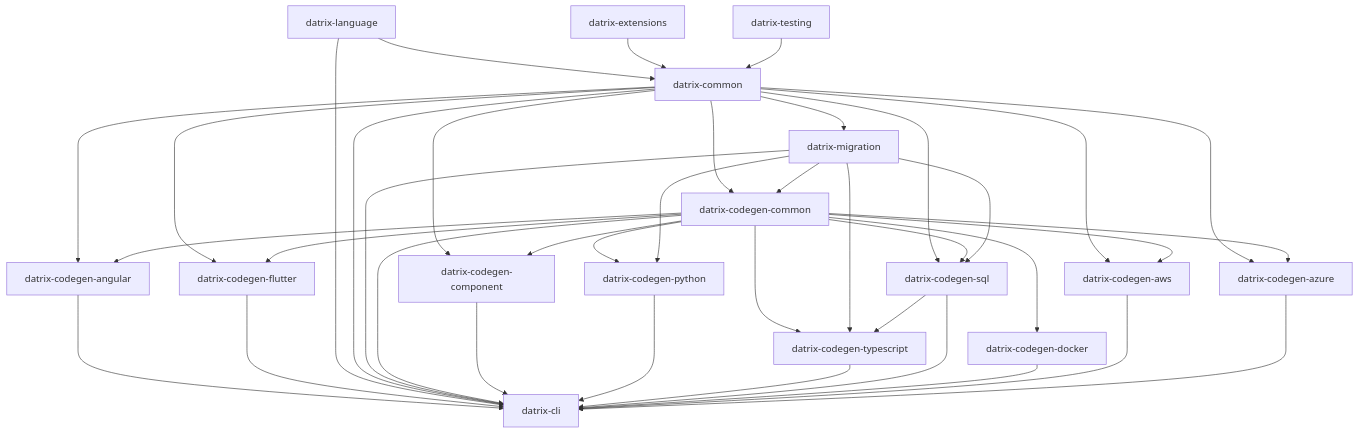
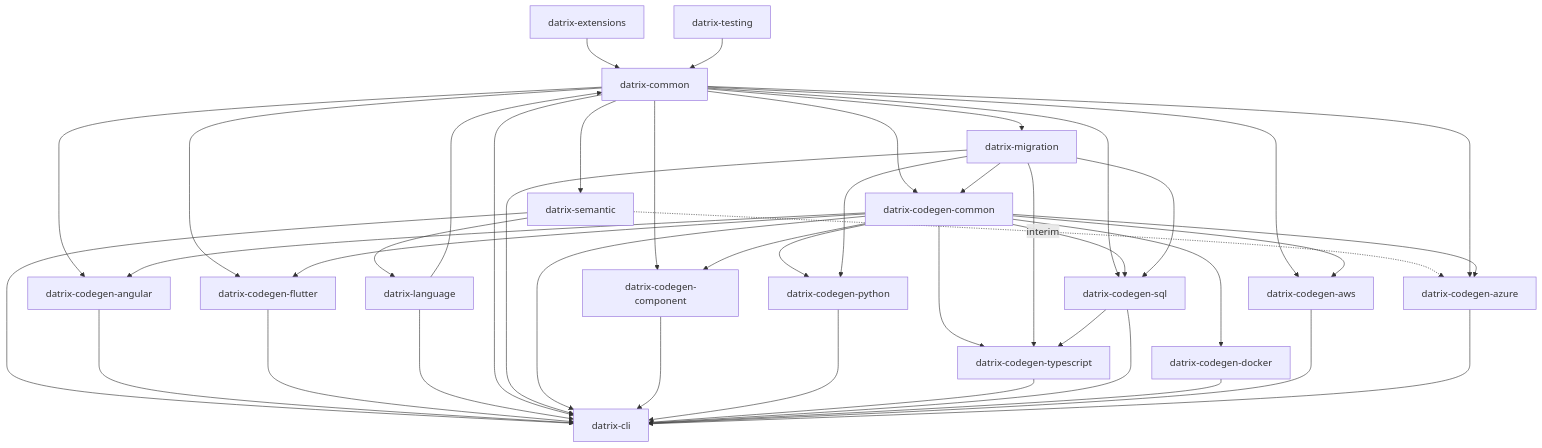
The diagram in docs/architecture/architecture-overview.md (keturk/datrix), drawn with Mermaid before and after one commit. The commit also changed other lines of this file and 7 other files, not shown here.

First line of the commit message:
Update architecture docs for datrix-semantic package extraction

````diff
--- a/docs/architecture/architecture-overview.md
+++ b/docs/architecture/architecture-overview.md
@@ -68,42 +68,46 @@
 ```mermaid
 graph TD
  A[datrix-common]
  B[datrix-language] --> A
  L[datrix-extensions] --> A
  T[datrix-testing] --> A
  A --> M[datrix-migration]
+ A --> S[datrix-semantic]
+ S --> B
+ S --> K
+ S -. interim .-> J
  A --> CC[datrix-codegen-component]
  A --> CGC[datrix-codegen-common]
  M --> CGC
  CGC --> CC
  CGC --> D[datrix-codegen-python]
  M --> D
  CGC --> E[datrix-codegen-typescript]
  M --> E
  A --> F[datrix-codegen-sql]
  CGC --> F
  M --> F
  F --> E
  CGC --> G[datrix-codegen-docker]
  A --> ANG[datrix-codegen-angular]
  CGC --> ANG
  ANG --> K
  A --> FL[datrix-codegen-flutter]
  CGC --> FL
  FL --> K
  A --> I[datrix-codegen-aws]
  CGC --> I
  A --> J[datrix-codegen-azure]
  CGC --> J
  B --> K[datrix-cli]
  A --> K
  M --> K
  CGC --> K
  CC --> K
  D --> K
  E --> K
  F --> K
  G --> K
  I --> K
  J --> K
 ```
````
